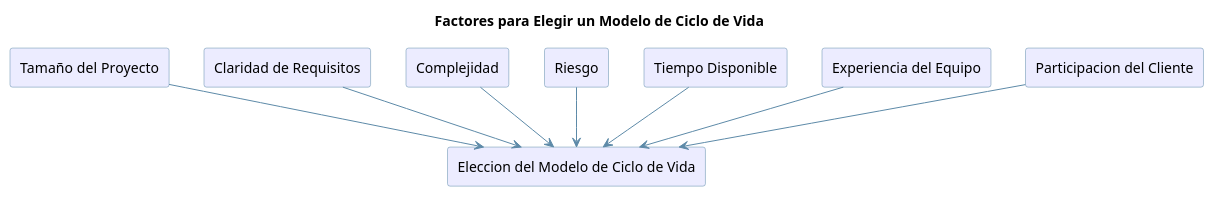
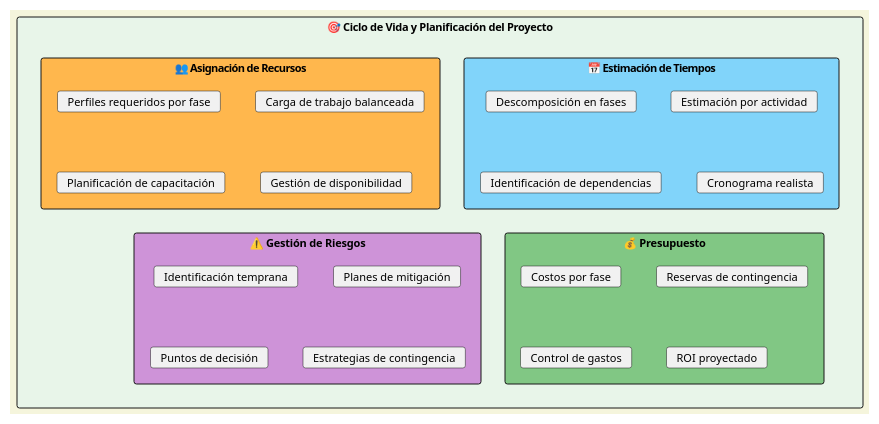
Before and after one commit to deguidev/deguidocs: the third of 3 diagrams in src/content/docs/is/ciclo/concepto-general.mdx, drawn with PlantUML. The commit also changed other lines of this file and 20 other files, not shown here.

```diff
--- a/src/content/docs/is/ciclo/concepto-general.mdx
+++ b/src/content/docs/is/ciclo/concepto-general.mdx
@@ -151,25 +397,36 @@
 @startuml
-skinparam ArrowColor #5D8AA8
-skinparam rectangleBorderColor #5D8AA8
-skinparam rectangleBackgroundColor #ECECFF
+skinparam backgroundColor beige
+skinparam defaultFontSize 11
 
-title Factores para Elegir un Modelo de Ciclo de Vida
+rectangle "🎯 Ciclo de Vida y Planificación del Proyecto" as planning #E8F5E9 {
+  
+  rectangle "📅 Estimación de Tiempos" as tiempo #81D4FA {
+    card "Descomposición en fases"
+    card "Estimación por actividad"
+    card "Identificación de dependencias"
+    card "Cronograma realista"
+  }
+  
+  rectangle "👥 Asignación de Recursos" as recursos #FFB74D {
+    card "Perfiles requeridos por fase"
+    card "Carga de trabajo balanceada"
+    card "Planificación de capacitación"
+    card "Gestión de disponibilidad"
+  }
+  
+  rectangle "💰 Presupuesto" as presupuesto #81C784 {
+    card "Costos por fase"
+    card "Reservas de contingencia"
+    card "Control de gastos"
+    card "ROI proyectado"
+  }
+  
+  rectangle "⚠️ Gestión de Riesgos" as riesgos #CE93D8 {
+    card "Identificación temprana"
+    card "Planes de mitigación"
+    card "Puntos de decisión"
+    card "Estrategias de contingencia"
+  }
+}
 
-rectangle "Tamaño del Proyecto" as size
-rectangle "Claridad de Requisitos" as req
-rectangle "Complejidad" as complex
-rectangle "Riesgo" as risk
-rectangle "Tiempo Disponible" as time
-rectangle "Experiencia del Equipo" as exp
-rectangle "Participacion del Cliente" as client
-
-rectangle "Eleccion del Modelo de Ciclo de Vida" as choice
-
-size --> choice
-req --> choice
-complex --> choice
-risk --> choice
-time --> choice
-exp --> choice
-client --> choice
 @enduml
```
